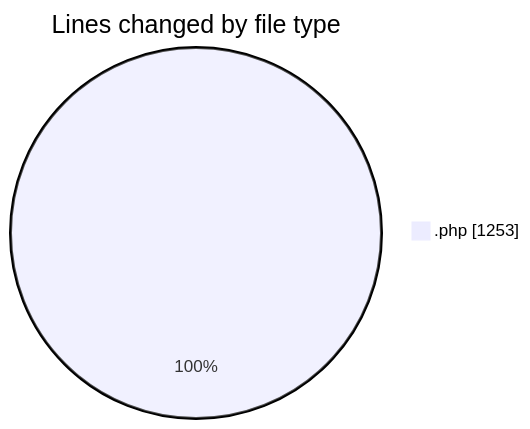
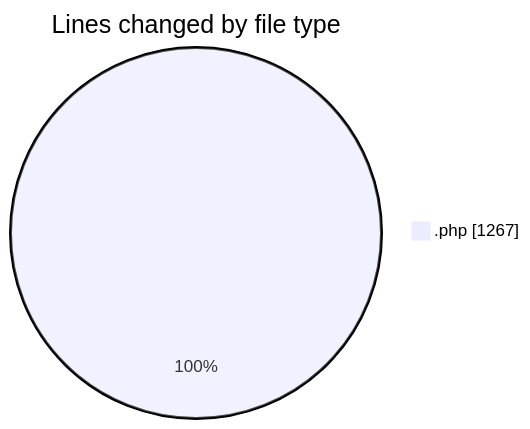
One commit to debugP/code-tracking changed the first of 2 diagrams in 2025-10-15/untitled__workspace_/README.md. Above: the diagram before and after it, drawn with Mermaid. The commit also changed other lines of this file and 1 other file, not shown here.

````diff
--- a/2025-10-15/untitled__workspace_/README.md
+++ b/2025-10-15/untitled__workspace_/README.md
@@ -20,5 +20,5 @@
 ```mermaid
 pie showData
 title Lines changed by file type
-".php" : 1253
+".php" : 1267
 ```
````
